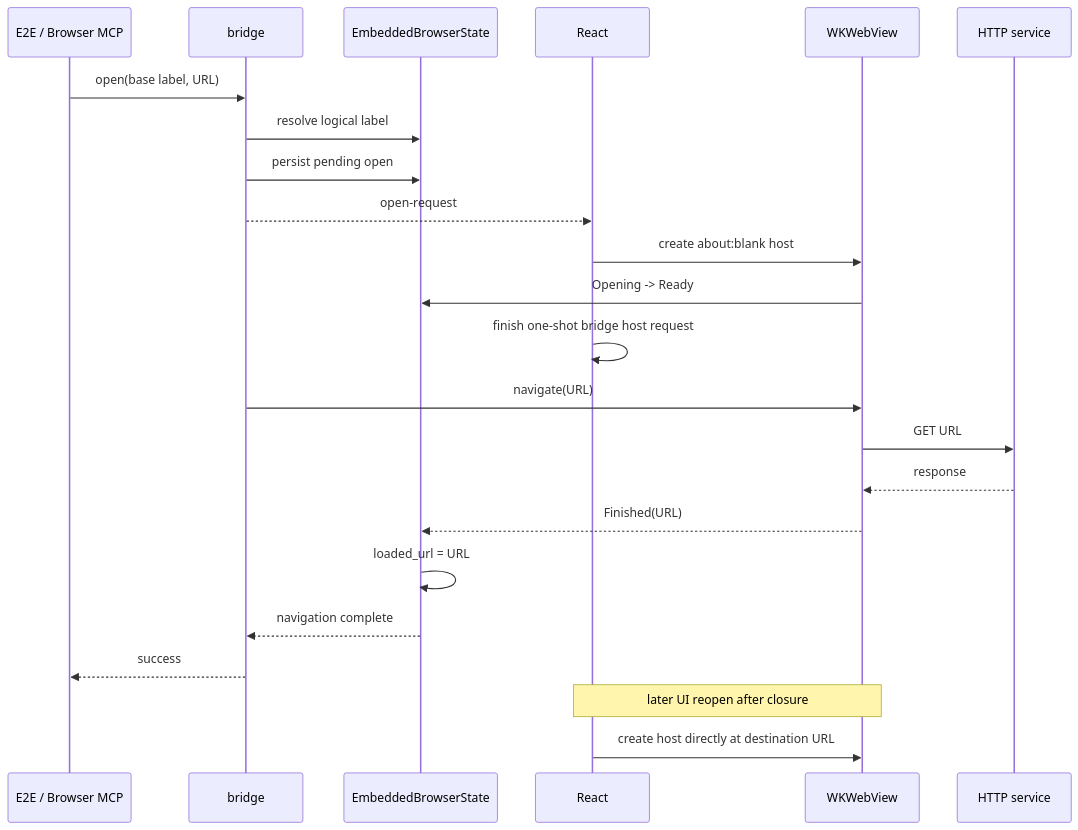
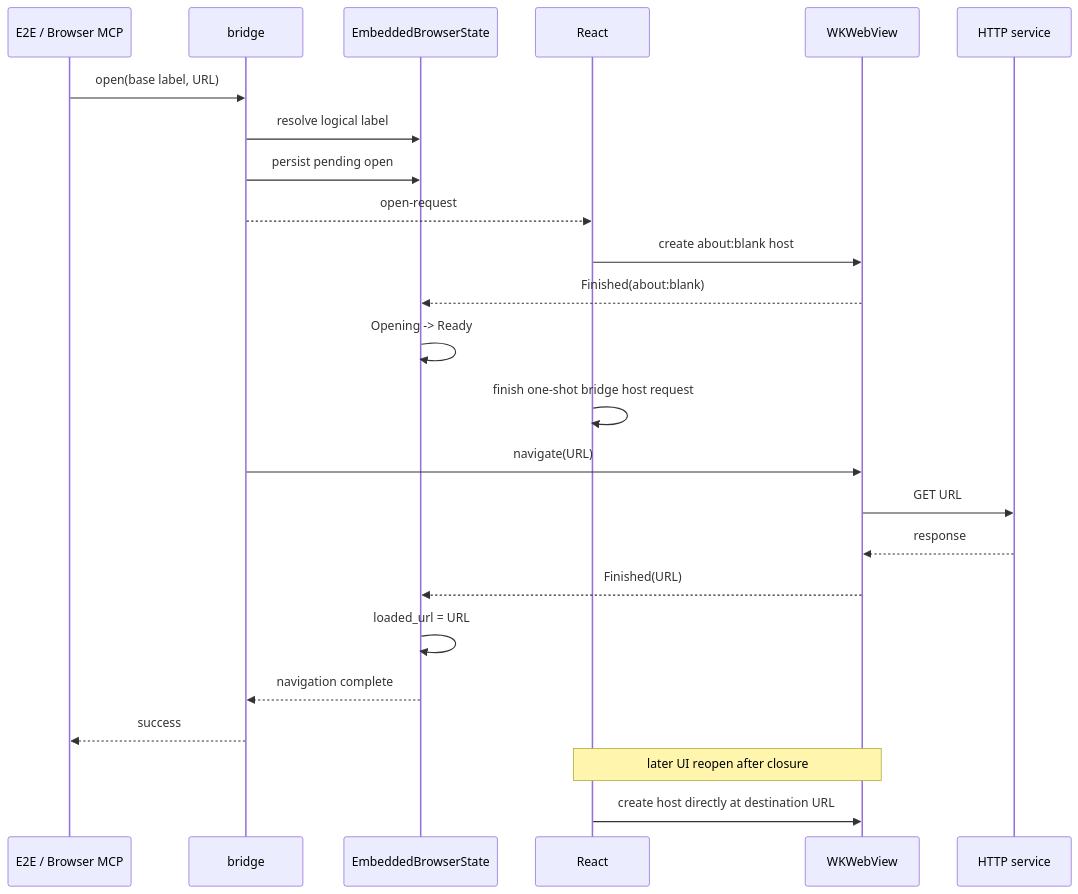
The second of 2 diagrams in docs/en/architecture/embedded-browser.md (wecode-ai/Wegent), drawn with Mermaid before and after one commit. The commit also changed other lines of this file and 3 other files, not shown here.

````diff
--- a/docs/en/architecture/embedded-browser.md
+++ b/docs/en/architecture/embedded-browser.md
@@ -28,27 +30,28 @@
 ```mermaid
 sequenceDiagram
     participant C as E2E / Browser MCP
     participant B as bridge
     participant S as EmbeddedBrowserState
     participant R as React
     participant W as WKWebView
     participant H as HTTP service
 
     C->>B: open(base label, URL)
     B->>S: resolve logical label
     B->>S: persist pending open
     B-->>R: open-request
     R->>W: create about:blank host
-    W->>S: Opening -> Ready
+    W-->>S: Finished(about:blank)
+    S->>S: Opening -> Ready
     R->>R: finish one-shot bridge host request
     B->>W: navigate(URL)
     W->>H: GET URL
     H-->>W: response
     W-->>S: Finished(URL)
     S->>S: loaded_url = URL
     S-->>B: navigation complete
     B-->>C: success
 
     Note over R,W: later UI reopen after closure
     R->>W: create host directly at destination URL
 ```
````
